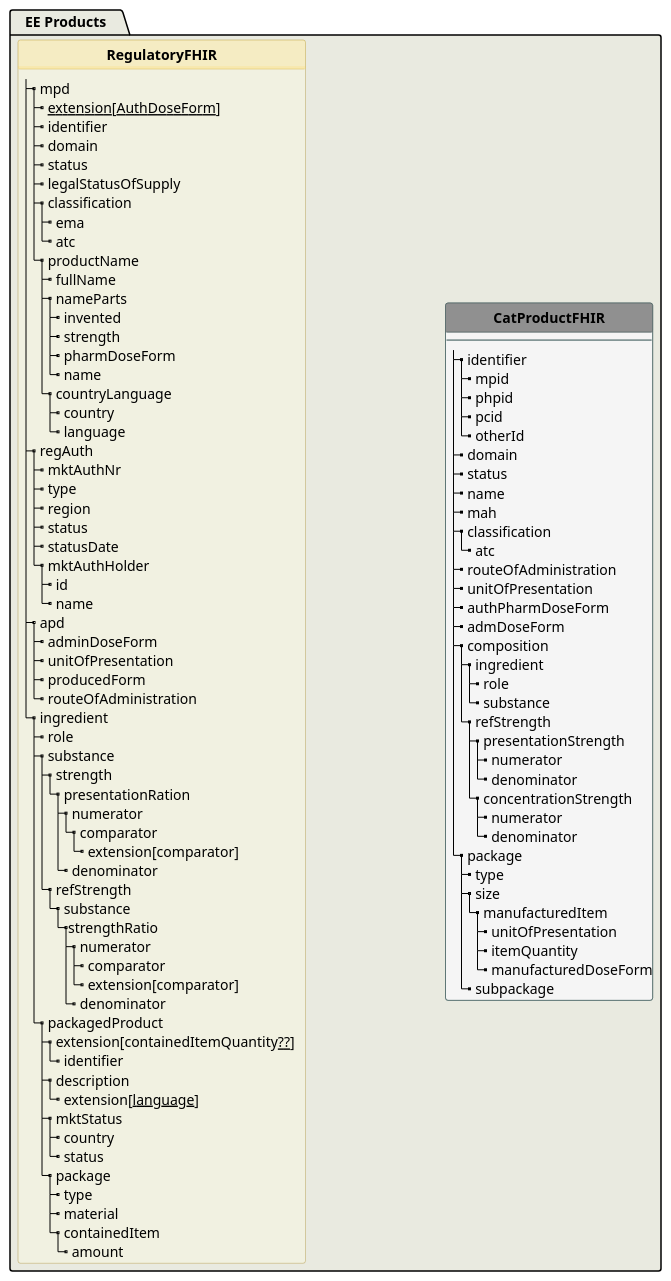
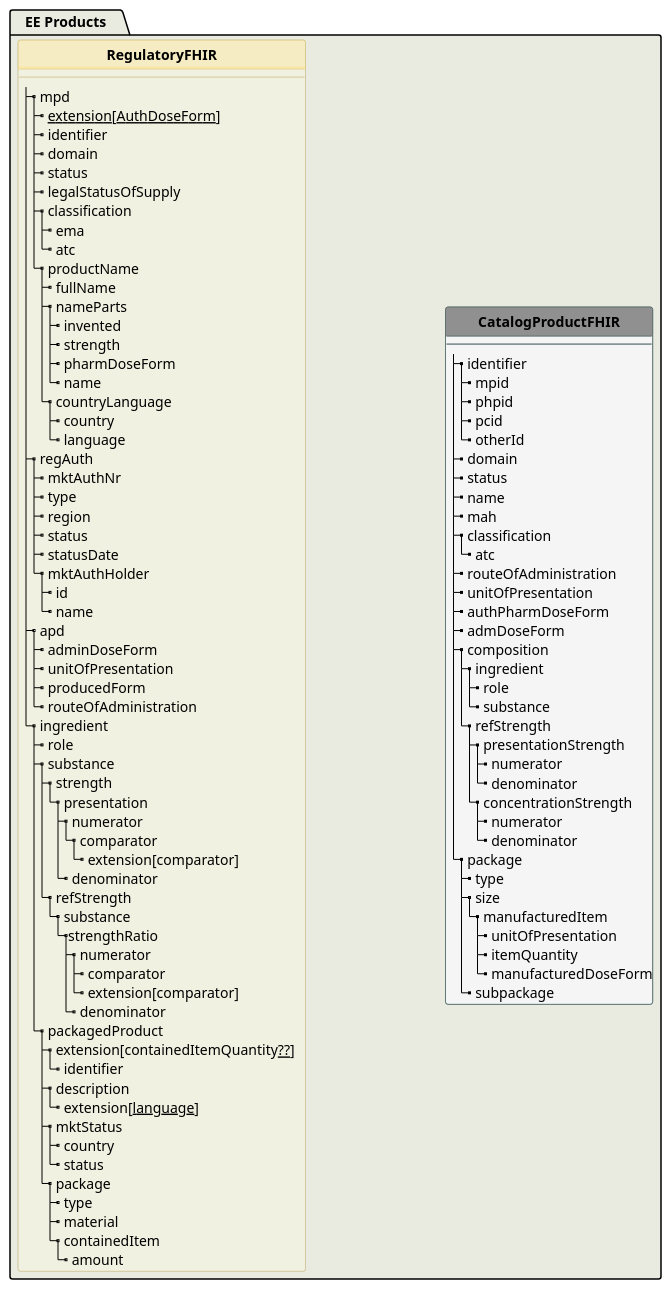
The diagram in input/images-source/ee_product.plantuml (medigree/mpd5), drawn with PlantUML before and after one commit.

```diff
--- a/input/images-source/ee_product.plantuml
+++ b/input/images-source/ee_product.plantuml
@@ -1,168 +1,168 @@
 @startuml
 hide stereotype
 hide circle
 skinparam linetype polyline
 skinparam shadowing false
 
 
 !pragma layout smetana
 
 
 
 skinparam class<<S>> {
  BorderColor DarkSlateGray
  BackgroundColor WhiteSmoke
  HeaderBackgroundColor #909090
 }
 
 skinparam class<<VMPP>> {
  BorderColor #997700
  BackgroundColor BUSINESS
  HeaderBackgroundColor #ffcc33
 }
 
 skinparam class<<PhP>> {
  BorderColor #505090
  BackgroundColor APPLICATION
  HeaderBackgroundColor SkyBlue
 }
 
 skinparam class<<Oth>> {
  BorderColor #99770055
  BackgroundColor #FFFFE055
  HeaderBackgroundColor #ffDD7344
  HeaderFontColor 	#ffcc3355
 }
 
 skinparam class<<MP>> {
  BorderColor DarkGreen
  BackgroundColor PHYSICAL
  HeaderBackgroundColor LimeGreen
 }
 
 
 skinparam class<<PMP>> {
  BorderColor DarkRed
  BackgroundColor MistyRose
  HeaderBackgroundColor #f09090
 }
 
 skinparam class<<VMPG>> {
  BorderColor DarkSlateGrey
  BackgroundColor #DEE
  HeaderBackgroundColor #A0B0B0
 }
 
 
 
   package "   EE Products    " as MR #E9EAE0 {
 
     class "**RegulatoryFHIR**" as VTM<<Oth>> {
-' e.g. amlodipine
+      --
       |_ mpd
         |_ __extension[AuthDoseForm]__   
         |_ identifier
         |_ domain
         |_ status
         |_ legalStatusOfSupply
         |_ classification
           |_ ema
           |_ atc
         |_ productName
           |_ fullName
           |_ nameParts 
             |_ invented
             |_ strength
             |_ pharmDoseForm
             |_ name 
           |_ countryLanguage
             |_ country
             |_ language
       |_ regAuth
         |_ mktAuthNr
         |_ type
         |_ region
         |_ status
         |_ statusDate
         |_ mktAuthHolder
           |_ id
           |_ name
       |_ apd
         |_ adminDoseForm
         |_ unitOfPresentation
         |_ producedForm
         |_ routeOfAdministration
       |_ ingredient
         |_ role
         |_ substance
           |_ strength
-            |_ presentationRation
+            |_ presentation
               |_ numerator
                 |_ comparator
                   |_ extension[comparator]  
               |_ denominator
           |_ refStrength
             |_ substance
               |_strengthRatio
                 |_ numerator
                   |_ comparator
                   |_ extension[comparator]  
                 |_ denominator
         |_ packagedProduct
           |_ extension[containedItemQuantity__??__]   
             |_ identifier
           |_ description
             |_ extension[__language__]
           |_ mktStatus
             |_ country
             |_ status
           |_ package
             |_ type
             |_ material
             |_ containedItem
               |_ amount
     }
 
 
-    class "** CatProductFHIR **" as CP<<S>> {
+    class "** CatalogProductFHIR **" as CP<<S>> {
       --
       |_ identifier
         |_ mpid
         |_ phpid
         |_ pcid
         |_ otherId
       |_ domain
       |_ status
       |_ name 
       |_ mah
       |_ classification
         |_ atc
       |_ routeOfAdministration
       |_ unitOfPresentation
       |_ authPharmDoseForm
       |_ admDoseForm
       |_ composition
         |_ ingredient
           |_ role
           |_ substance
         |_ refStrength
           |_ presentationStrength 
             |_ numerator
             |_ denominator
           |_ concentrationStrength  
             |_ numerator
             |_ denominator
       |_ package
         |_ type
         |_ size
           |_ manufacturedItem
             |_ unitOfPresentation
             |_ itemQuantity
             |_ manufacturedDoseForm
         |_ subpackage            
     }
 
 VTM  -r[hidden]-> CP: "                                   "
 
 }
 @enduml
```
